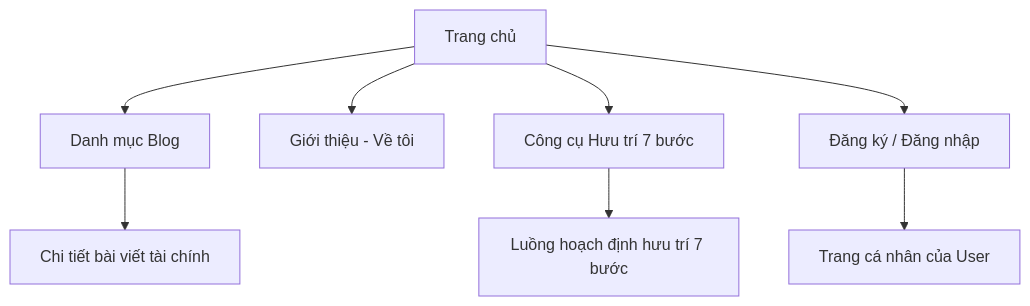
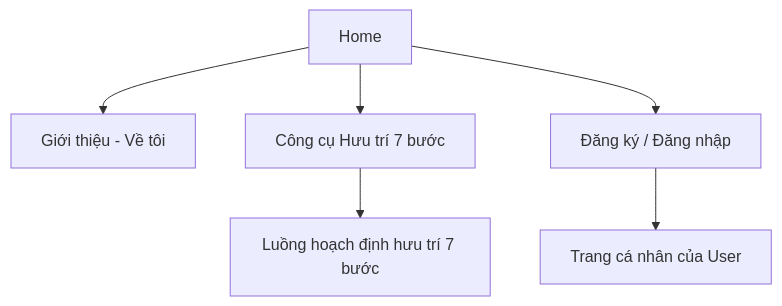
Before and after one commit to Hana-Hasa/PTUDTMDT: the first of 3 diagrams in Intership/Báo cáo Thực tập_88214020018_Trần Thị Ngọc Huyền.md, drawn with Mermaid. The commit also changed other lines of this file, not shown here.

Commit message:
Global cleanup: Remove all blog references as per user correction

````diff
--- a/Intership/Báo cáo Thực tập_88214020018_Trần Thị Ngọc Huyền.md
+++ b/Intership/Báo cáo Thực tập_88214020018_Trần Thị Ngọc Huyền.md
@@ -316,11 +315,9 @@
 ```mermaid
 graph TD
-    Home[Trang chủ] --> Blog[Danh mục Blog]
     Home --> About[Giới thiệu - Về tôi]
     Home --> Calculator[Công cụ Hưu trí 7 bước]
     Home --> Auth[Đăng ký / Đăng nhập]
     
-    Blog --> Post[Chi tiết bài viết tài chính]
     Calculator --> Steps[Luồng hoạch định hưu trí 7 bước]
     Auth --> Dashboard[Trang cá nhân của User]
 ```
````
